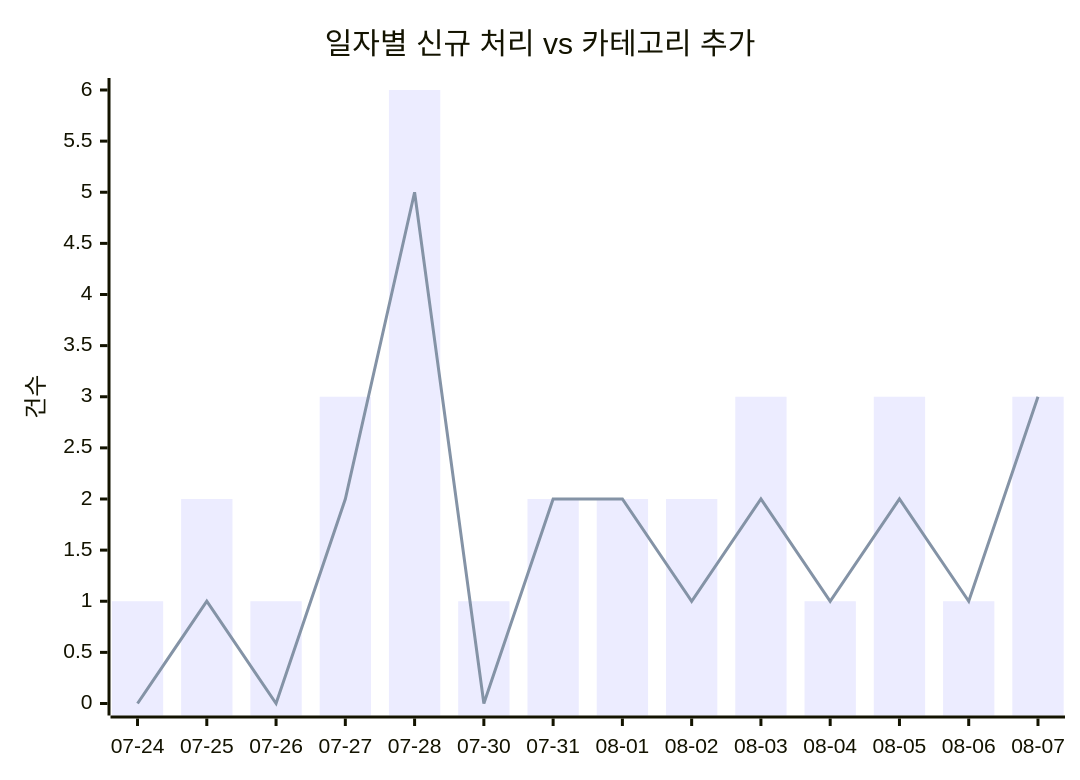
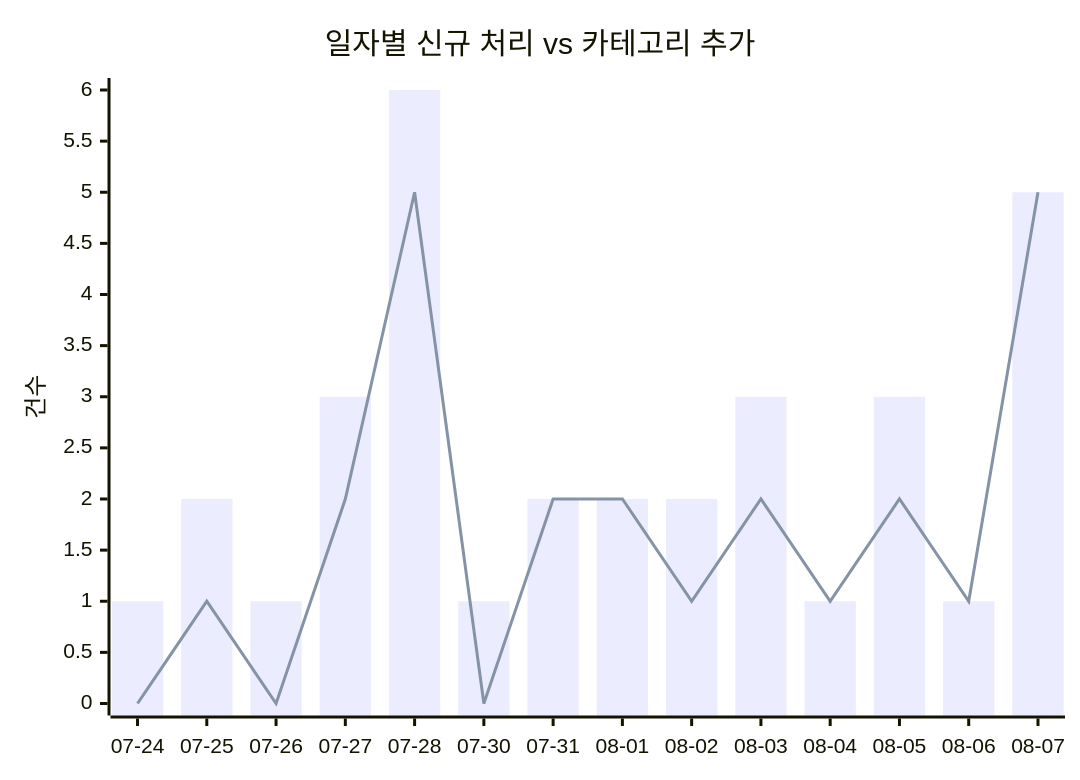
One commit to J-nowcow/awesome-korean-agent-skills changed the first of 2 diagrams in docs/trends.md. Above: the diagram before and after it, drawn with Mermaid. The commit also changed other lines of this file and 3 other files, not shown here.

````diff
--- a/docs/trends.md
+++ b/docs/trends.md
@@ -32,8 +32,8 @@
 ```mermaid
 xychart-beta
     title "일자별 신규 처리 vs 카테고리 추가"
     x-axis ["07-24","07-25","07-26","07-27","07-28","07-30","07-31","08-01","08-02","08-03","08-04","08-05","08-06","08-07"]
     y-axis "건수"
-    bar [1,2,1,3,6,1,2,2,2,3,1,3,1,3]
-    line [0,1,0,2,5,0,2,2,1,2,1,2,1,3]
+    bar [1,2,1,3,6,1,2,2,2,3,1,3,1,5]
+    line [0,1,0,2,5,0,2,2,1,2,1,2,1,5]
 ```
````
